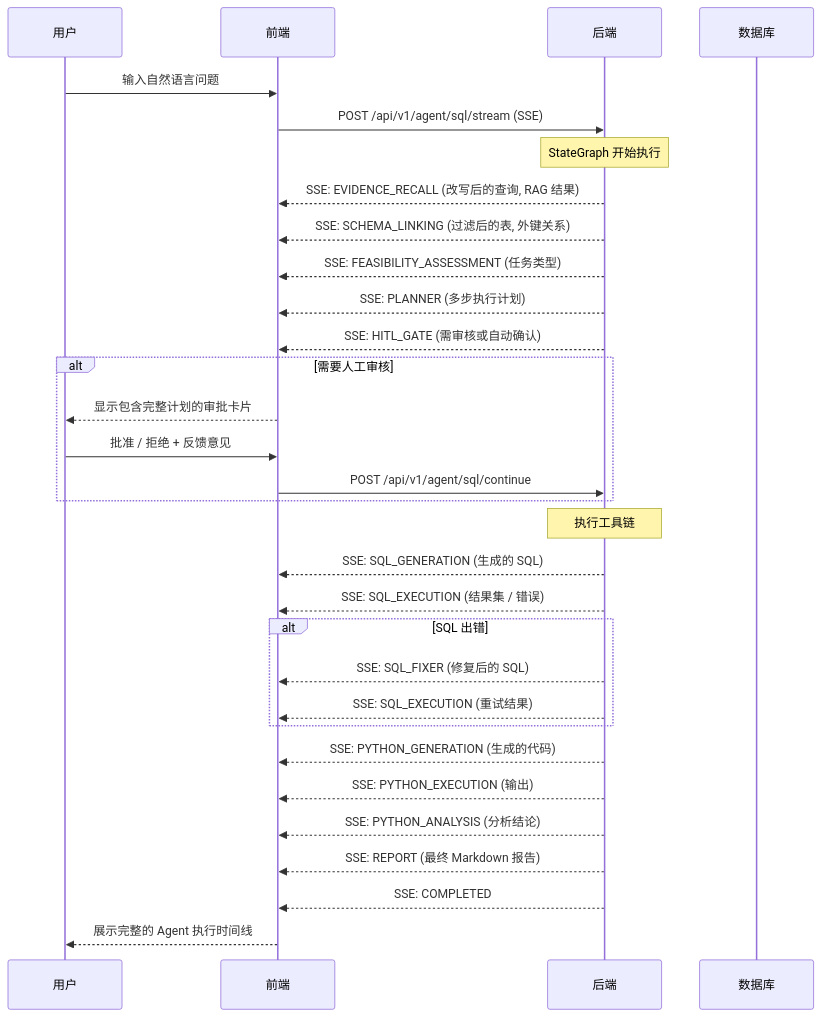
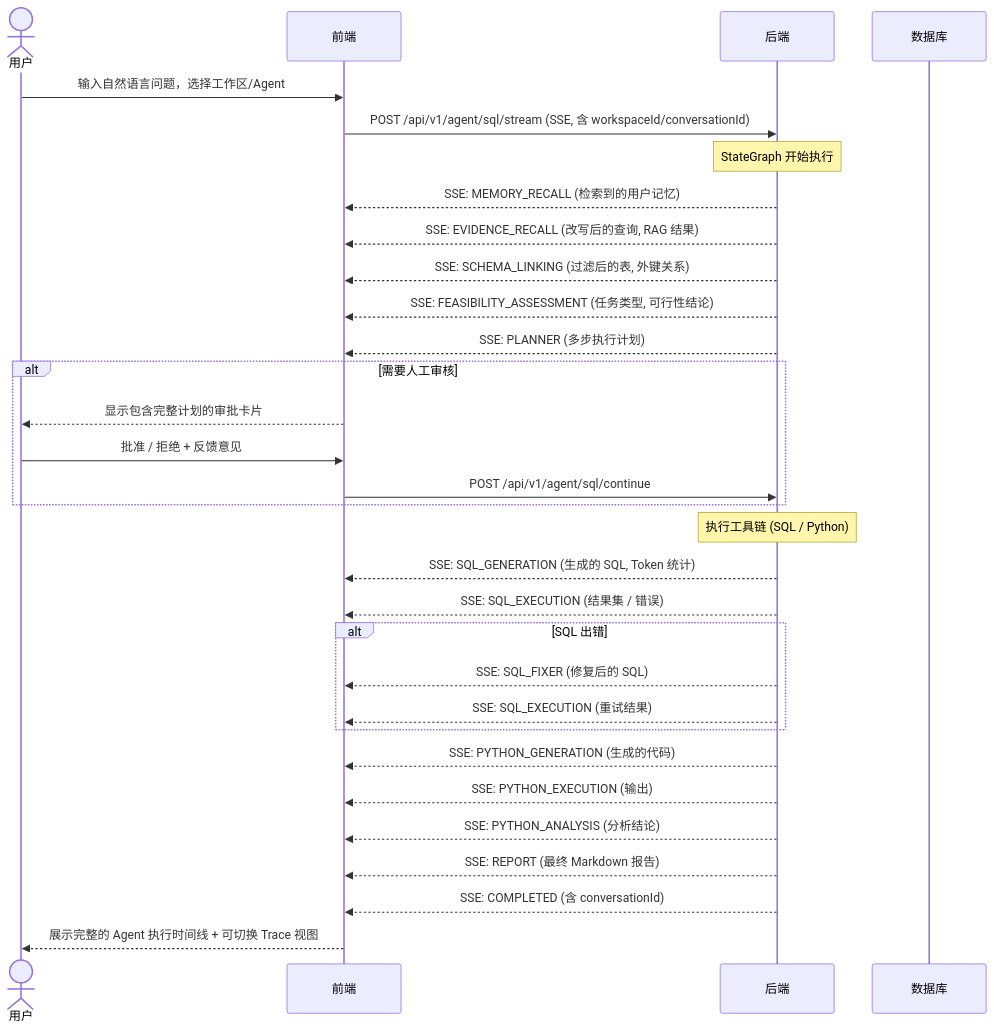
The diagram in README.zh-CN.md (shixia9/MustBeTheSQL), drawn with Mermaid before and after one commit. The commit also changed other lines of this file and 1 other file, not shown here.

````diff
--- a/README.zh-CN.md
+++ b/README.zh-CN.md
@@ -34,42 +48,42 @@
 ```mermaid
 sequenceDiagram
-    participant User as 用户
-    participant Frontend as 前端
-    participant Backend as 后端
+    actor User as 用户
+    participant FE as 前端
+    participant BE as 后端
     participant DB as 数据库
 
-    User->>Frontend: 输入自然语言问题
-    Frontend->>Backend: POST /api/v1/agent/sql/stream (SSE)
-    
-    Note over Backend: StateGraph 开始执行
-    
-    Backend-->>Frontend: SSE: EVIDENCE_RECALL (改写后的查询, RAG 结果)
-    Backend-->>Frontend: SSE: SCHEMA_LINKING (过滤后的表, 外键关系)
-    Backend-->>Frontend: SSE: FEASIBILITY_ASSESSMENT (任务类型)
-    Backend-->>Frontend: SSE: PLANNER (多步执行计划)
-    Backend-->>Frontend: SSE: HITL_GATE (需审核或自动确认)
+    User->>FE: 输入自然语言问题，选择工作区/Agent
+    FE->>BE: POST /api/v1/agent/sql/stream (SSE, 含 workspaceId/conversationId)
+
+    Note over BE: StateGraph 开始执行
+
+    BE-->>FE: SSE: MEMORY_RECALL (检索到的用户记忆)
+    BE-->>FE: SSE: EVIDENCE_RECALL (改写后的查询, RAG 结果)
+    BE-->>FE: SSE: SCHEMA_LINKING (过滤后的表, 外键关系)
+    BE-->>FE: SSE: FEASIBILITY_ASSESSMENT (任务类型, 可行性结论)
+    BE-->>FE: SSE: PLANNER (多步执行计划)
 
     alt 需要人工审核
-        Frontend-->>User: 显示包含完整计划的审批卡片
-        User->>Frontend: 批准 / 拒绝 + 反馈意见
-        Frontend->>Backend: POST /api/v1/agent/sql/continue
+        FE-->>User: 显示包含完整计划的审批卡片
+        User->>FE: 批准 / 拒绝 + 反馈意见
+        FE->>BE: POST /api/v1/agent/sql/continue
     end
 
-    Note over Backend: 执行工具链
+    Note over BE: 执行工具链 (SQL / Python)
 
-    Backend-->>Frontend: SSE: SQL_GENERATION (生成的 SQL)
-    Backend-->>Frontend: SSE: SQL_EXECUTION (结果集 / 错误)
+    BE-->>FE: SSE: SQL_GENERATION (生成的 SQL, Token 统计)
+    BE-->>FE: SSE: SQL_EXECUTION (结果集 / 错误)
     alt SQL 出错
-        Backend-->>Frontend: SSE: SQL_FIXER (修复后的 SQL)
-        Backend-->>Frontend: SSE: SQL_EXECUTION (重试结果)
+        BE-->>FE: SSE: SQL_FIXER (修复后的 SQL)
+        BE-->>FE: SSE: SQL_EXECUTION (重试结果)
     end
 
-    Backend-->>Frontend: SSE: PYTHON_GENERATION (生成的代码)
-    Backend-->>Frontend: SSE: PYTHON_EXECUTION (输出)
-    Backend-->>Frontend: SSE: PYTHON_ANALYSIS (分析结论)
+    BE-->>FE: SSE: PYTHON_GENERATION (生成的代码)
+    BE-->>FE: SSE: PYTHON_EXECUTION (输出)
+    BE-->>FE: SSE: PYTHON_ANALYSIS (分析结论)
 
-    Backend-->>Frontend: SSE: REPORT (最终 Markdown 报告)
-    Backend-->>Frontend: SSE: COMPLETED
+    BE-->>FE: SSE: REPORT (最终 Markdown 报告)
+    BE-->>FE: SSE: COMPLETED (含 conversationId)
 
-    Frontend-->>User: 展示完整的 Agent 执行时间线
+    FE-->>User: 展示完整的 Agent 执行时间线 + 可切换 Trace 视图
 ```
````
